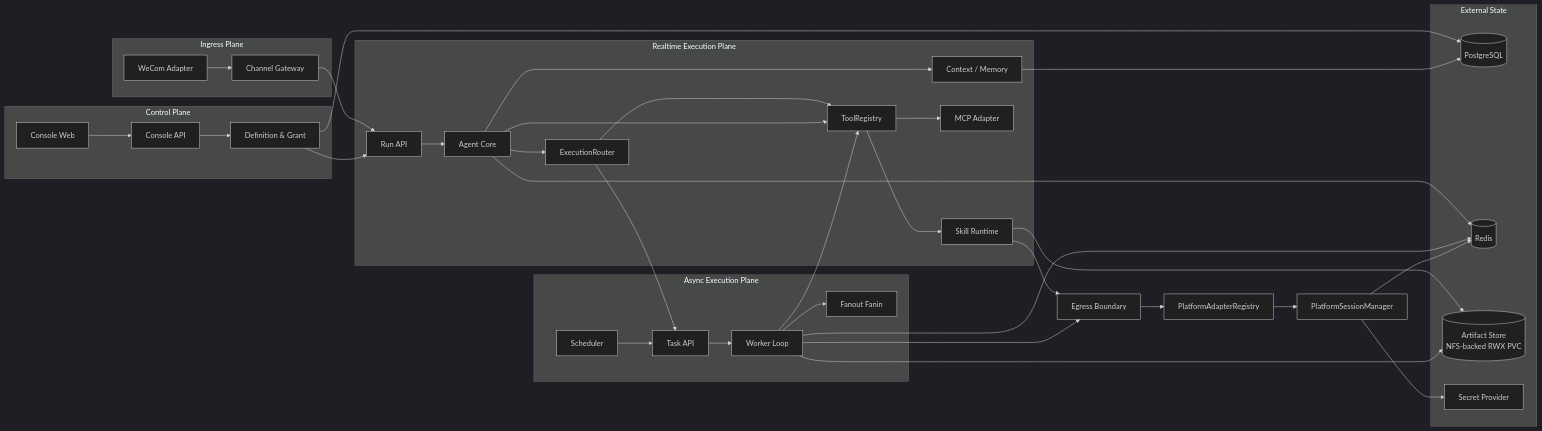
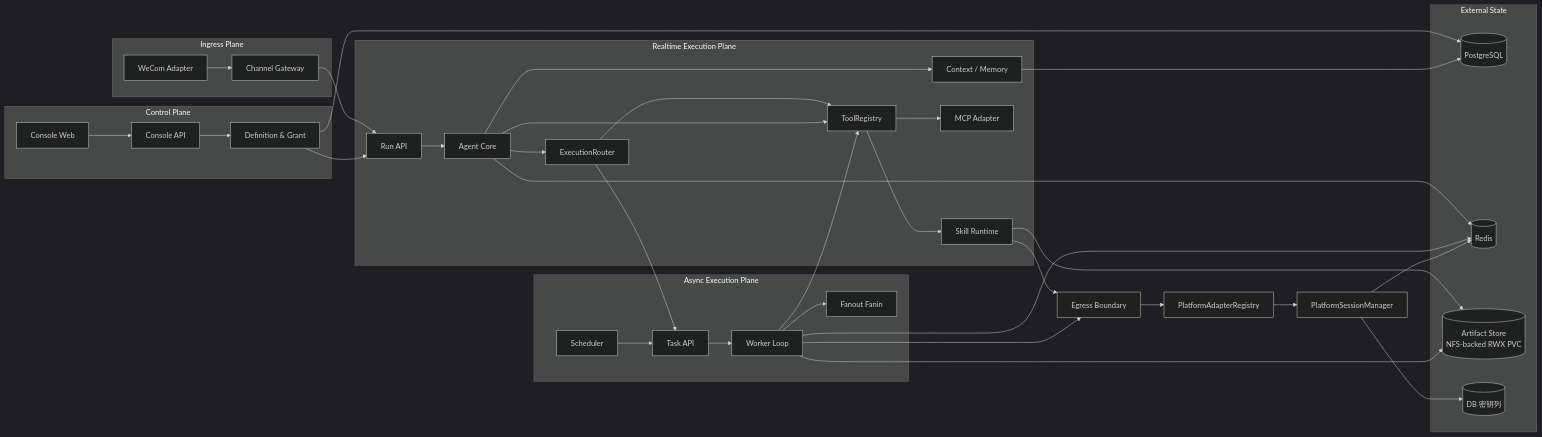
Before and after one commit to Michaelxwb/fluxion-harness: the second of 7 diagrams in docs/01-总体架构与部署详细设计.md, drawn with Mermaid (dark theme). The commit also changed other lines of this file and 116 other files, not shown here.

````diff
--- a/docs/01-总体架构与部署详细设计.md
+++ b/docs/01-总体架构与部署详细设计.md
@@ -127,68 +127,68 @@
 ```mermaid
 flowchart LR
     subgraph Control[Control Plane]
       CW[Console Web]
       CA[Console API]
       DEF[Definition & Grant]
     end
 
     subgraph Ingress[Ingress Plane]
       CG[Channel Gateway]
       WA[WeCom Adapter]
     end
 
     subgraph Realtime[Realtime Execution Plane]
       API[Run API]
       CORE[Agent Core]
       ROUTER[ExecutionRouter]
       TOOL[ToolRegistry]
       SKILL[Skill Runtime]
       MCP[MCP Adapter]
       CTX[Context / Memory]
     end
 
     subgraph Async[Async Execution Plane]
       TASK[Task API]
       SCHED[Scheduler]
       WORK[Worker Loop]
       AGG[Fanout Fanin]
     end
 
     EG[Egress Boundary]
     PAR[PlatformAdapterRegistry]
     PSM[PlatformSessionManager]
 
     subgraph State[External State]
       PG[(PostgreSQL)]
       REDIS[(Redis)]
       OBJ[(Artifact Store\nNFS-backed RWX PVC)]
-      SECRET[Secret Provider]
+      SECRET[(DB 密钥列)]
     end
 
     CW --> CA --> DEF
     WA --> CG --> API --> CORE
     CORE --> ROUTER
     ROUTER --> TOOL
     ROUTER --> TASK
     TASK --> WORK
     SCHED --> TASK
     WORK --> AGG
     WORK --> TOOL
     CORE --> TOOL
     TOOL --> SKILL
     TOOL --> MCP
     CORE --> CTX
     SKILL --> EG
     WORK --> EG
     EG --> PAR
     PAR --> PSM
     DEF --> API
     DEF --> PG
     CTX --> PG
     CORE --> REDIS
     WORK --> REDIS
     SKILL --> OBJ
     WORK --> OBJ
     PSM --> SECRET
     PSM --> REDIS
 ```
````
